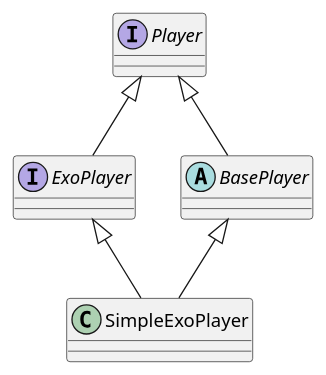
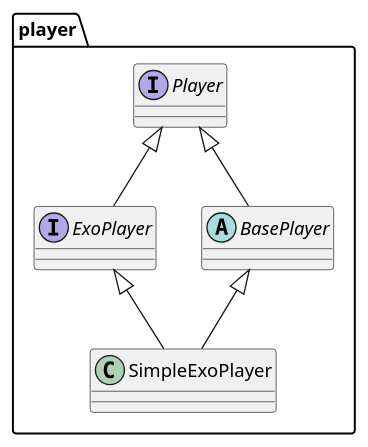
Before and after one commit to tdounnyy/exoplayer_note: the diagram in uml/player.puml, drawn with PlantUML. The commit also changed 4 other files, not shown here.

```diff
--- a/uml/player.puml
+++ b/uml/player.puml
@@ -2,13 +2,16 @@
 @startuml
-'Player
+'A media player interface defining traditional high-level functionality, such as the ability to play, pause, seek and query properties of the currently playing media.
+package player {
+
 interface Player
 interface ExoPlayer
 abstract class BasePlayer
 class SimpleExoPlayer
 
 Player <|-- ExoPlayer
 Player <|-- BasePlayer
 BasePlayer <|-- SimpleExoPlayer
 ExoPlayer <|-- SimpleExoPlayer
 
+}
 @enduml
```
